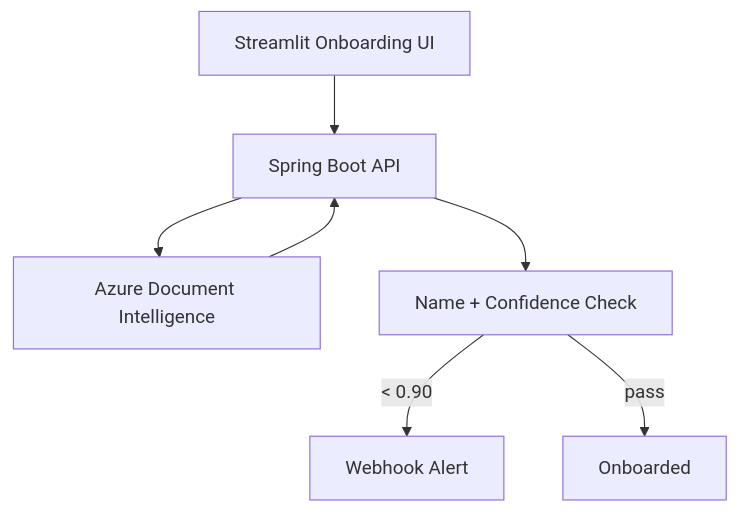
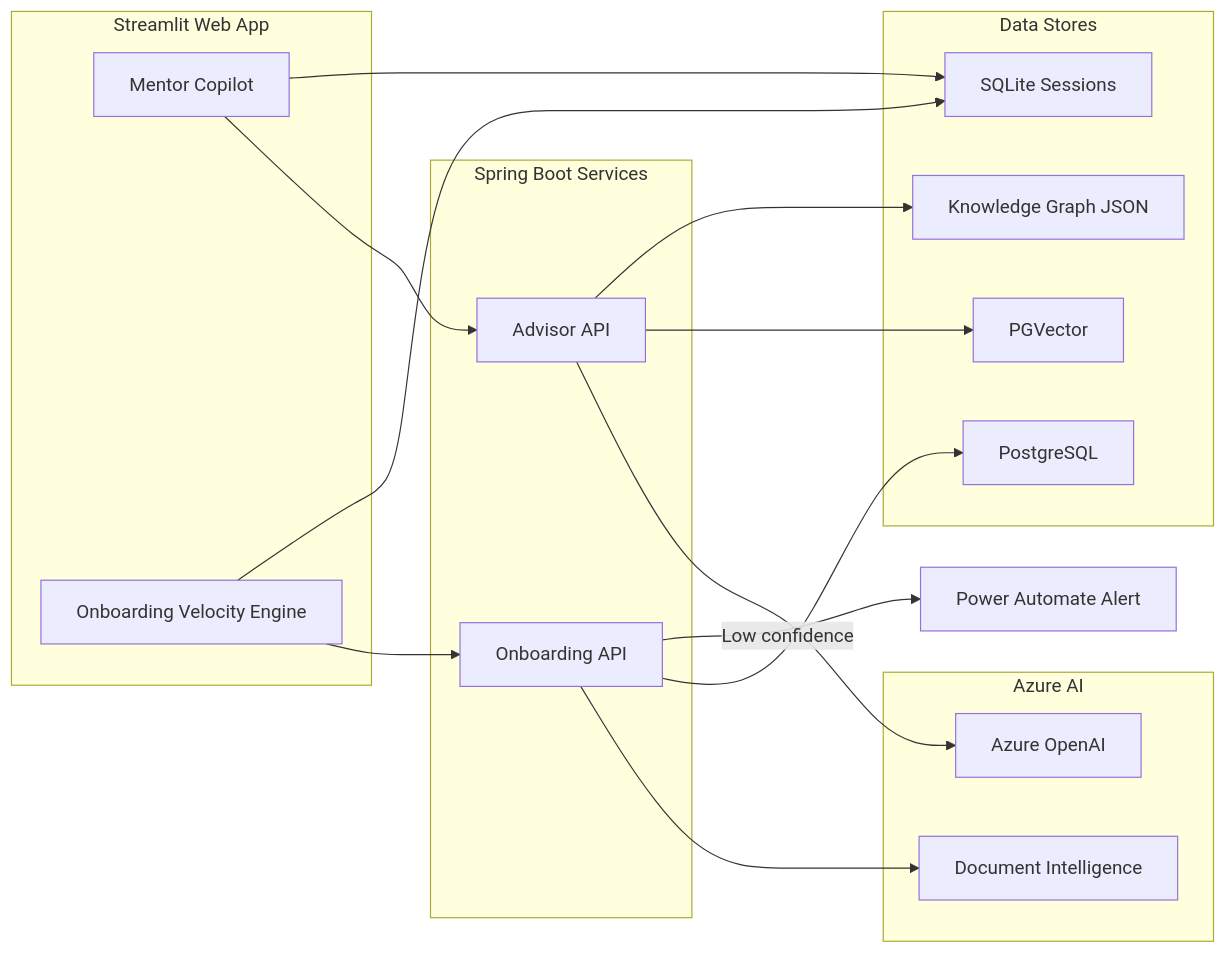
The third of 3 diagrams in README.md (ananyalayek/graph-rag-mentor-copilot), drawn with Mermaid before and after one commit. The commit also changed other lines of this file, not shown here.

````diff
--- a/README.md
+++ b/README.md
@@ -121,9 +161,35 @@
 ```mermaid
-flowchart TD
-U[Streamlit Onboarding UI] --> A[Spring Boot API]
-A --> D[Azure Document Intelligence]
-D --> A
-A --> V[Name + Confidence Check]
-V -->|< 0.90| P[Webhook Alert]
-V -->|pass| S[Onboarded]
+flowchart LR
+    subgraph UI[Streamlit Web App]
+        U1[Mentor Copilot]
+        U2[Onboarding Velocity Engine]
+    end
+
+    subgraph API[Spring Boot Services]
+        A1[Advisor API]
+        A2[Onboarding API]
+    end
+
+    subgraph AI[Azure AI]
+        C1[Azure OpenAI]
+        C2[Document Intelligence]
+    end
+
+    subgraph Data[Data Stores]
+        S1[PGVector]
+        S2[PostgreSQL]
+        S3[SQLite Sessions]
+        KG[Knowledge Graph JSON]
+    end
+
+    U1 --> A1 --> C1
+    A1 --> S1
+    A1 --> KG
+
+    U2 --> A2 --> C2
+    A2 --> S2
+    A2 -->|Low confidence| P[Power Automate Alert]
+
+    U1 --> S3
+    U2 --> S3
 ```
````
